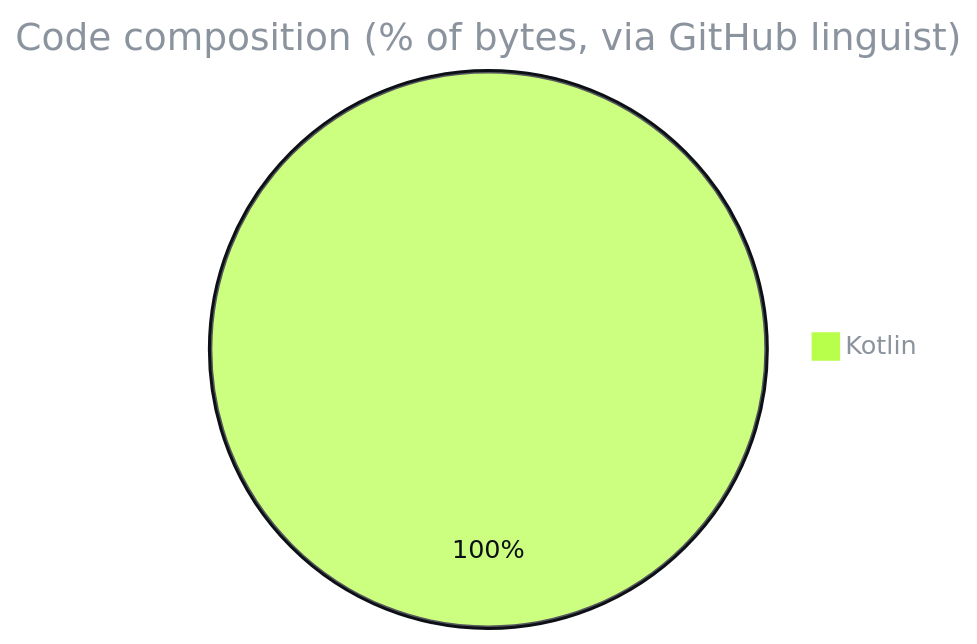
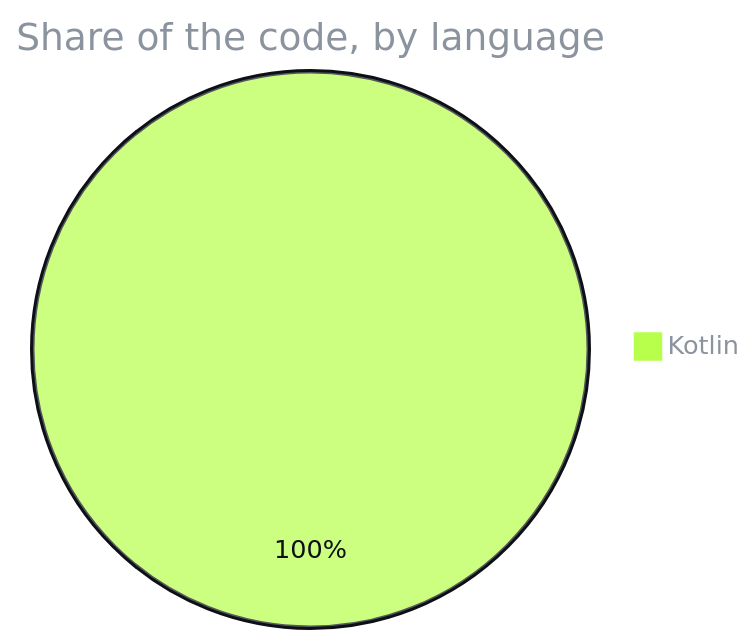
The third of 3 diagrams in README.md (F0rger123/Apex-Cockpit), drawn with Mermaid before and after one commit. The commit also changed other lines of this file and 2 other files, not shown here.

First line of the commit message:
docs: plain-English diagrams and an AI guide for pasted links [skip ci]

````diff
--- a/README.md
+++ b/README.md
@@ -90,5 +85,5 @@
 ```mermaid
 %%{init: {'theme':'base','themeVariables':{'pie1':'#B7FF4A','pie2':'#72B82F','pie3':'#64748b','pie4':'#94a3b8','pie5':'#475569','pie6':'#cbd5e1','pie7':'#334155','pieStrokeColor':'#0d1117','pieOuterStrokeColor':'#0d1117','pieTitleTextColor':'#8b949e','pieLegendTextColor':'#8b949e','pieSectionTextColor':'#0d1117'}}}%%
-pie title Code composition (% of bytes, via GitHub linguist)
+pie title Share of the code, by language
     "Kotlin" : 100.0
 ```
````
